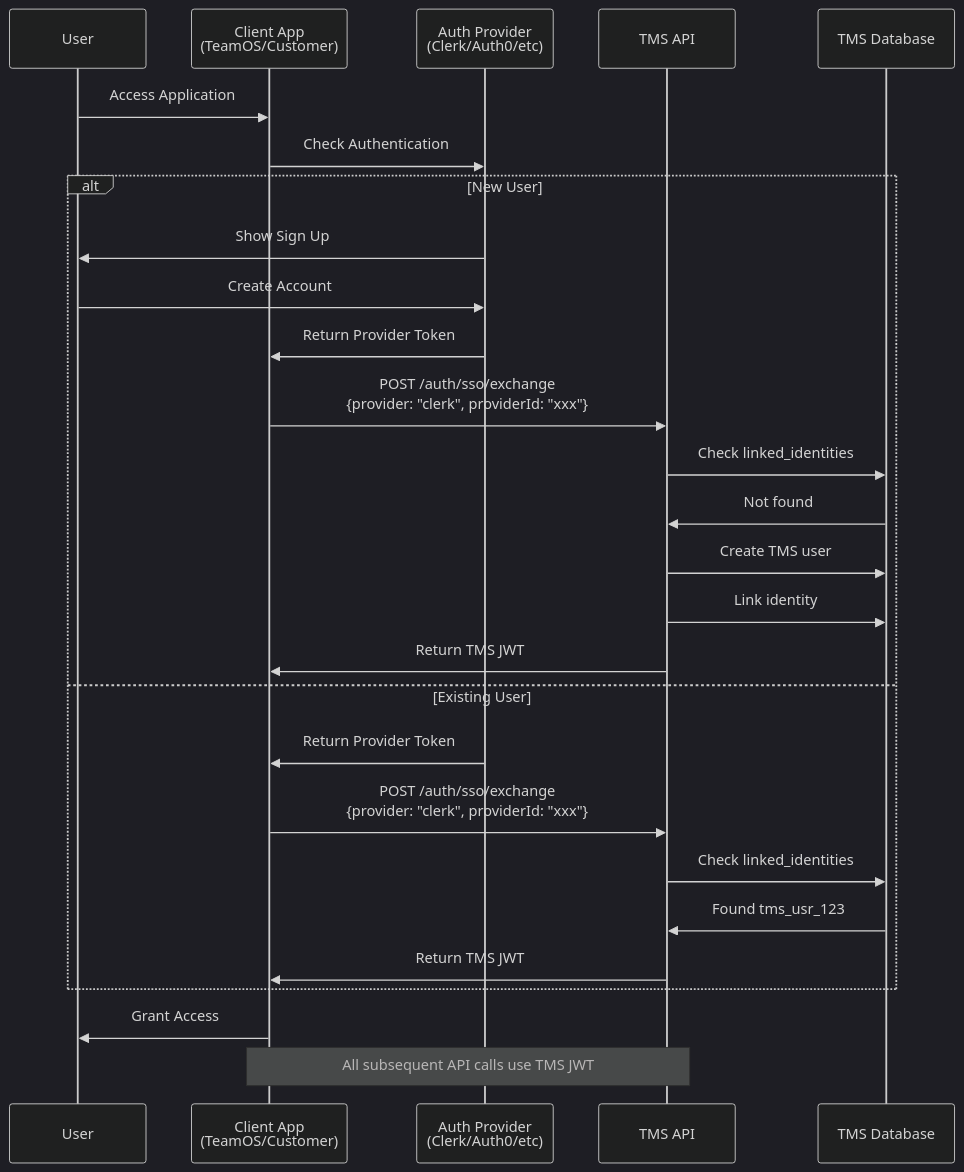
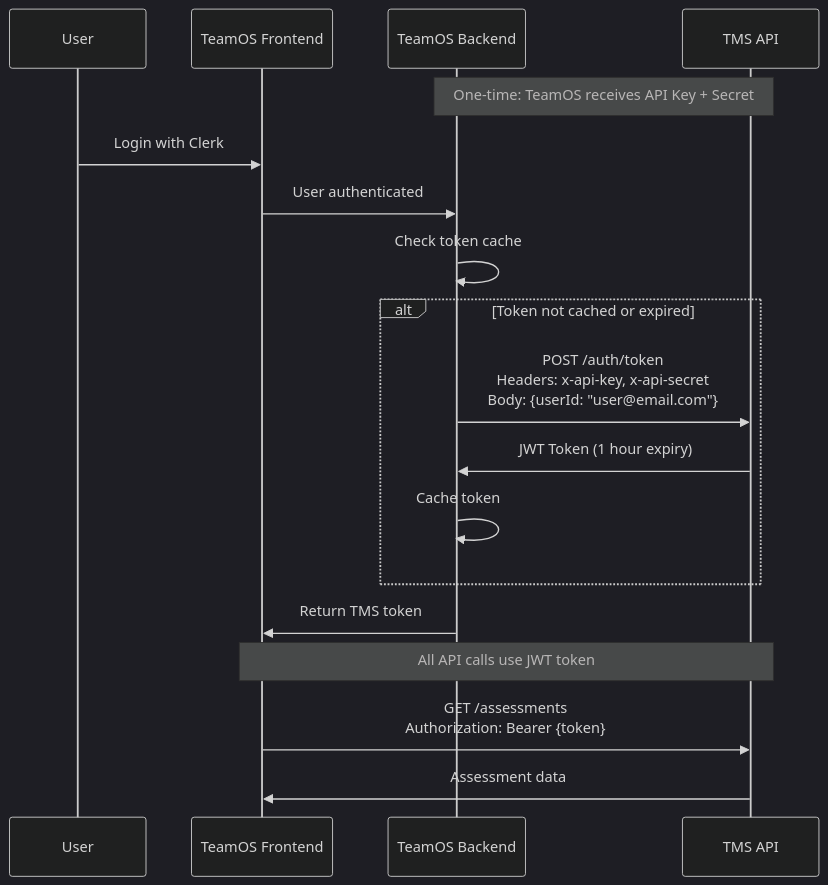
Before and after one commit to tmscoach/teamOS-Agents-Demo: the second of 9 diagrams in docs/tms-api-spec/SYSTEM-ARCHITECTURE.md, drawn with Mermaid (dark theme). The commit also changed other lines of this file and 6 other files, not shown here.

First line of the commit message:
docs: Simplify TMS API authentication to use API keys

````diff
--- a/docs/tms-api-spec/SYSTEM-ARCHITECTURE.md
+++ b/docs/tms-api-spec/SYSTEM-ARCHITECTURE.md
@@ -101,33 +101,25 @@
 ```mermaid
 sequenceDiagram
     participant User
-    participant Client as Client App<br/>(TeamOS/Customer)
-    participant Auth as Auth Provider<br/>(Clerk/Auth0/etc)
+    participant TeamOS as TeamOS Frontend
+    participant Backend as TeamOS Backend
     participant TMS as TMS API
-    participant DB as TMS Database
     
-    User->>Client: Access Application
-    Client->>Auth: Check Authentication
+    Note over Backend,TMS: One-time: TeamOS receives API Key + Secret
     
-    alt New User
-        Auth->>User: Show Sign Up
-        User->>Auth: Create Account
-        Auth->>Client: Return Provider Token
-        Client->>TMS: POST /auth/sso/exchange<br/>{provider: "clerk", providerId: "xxx"}
-        TMS->>DB: Check linked_identities
-        DB->>TMS: Not found
-        TMS->>DB: Create TMS user
-        TMS->>DB: Link identity
-        TMS->>Client: Return TMS JWT
-    else Existing User
-        Auth->>Client: Return Provider Token
-        Client->>TMS: POST /auth/sso/exchange<br/>{provider: "clerk", providerId: "xxx"}
-        TMS->>DB: Check linked_identities
-        DB->>TMS: Found tms_usr_123
-        TMS->>Client: Return TMS JWT
+    User->>TeamOS: Login with Clerk
+    TeamOS->>Backend: User authenticated
+    
+    Backend->>Backend: Check token cache
+    alt Token not cached or expired
+        Backend->>TMS: POST /auth/token<br/>Headers: x-api-key, x-api-secret<br/>Body: {userId: "user@email.com"}
+        TMS->>Backend: JWT Token (1 hour expiry)
+        Backend->>Backend: Cache token
     end
     
-    Client->>User: Grant Access
+    Backend->>TeamOS: Return TMS token
     
-    Note over Client,TMS: All subsequent API calls use TMS JWT
+    Note over TeamOS,TMS: All API calls use JWT token
+    TeamOS->>TMS: GET /assessments<br/>Authorization: Bearer {token}
+    TMS->>TeamOS: Assessment data
 ```
````
